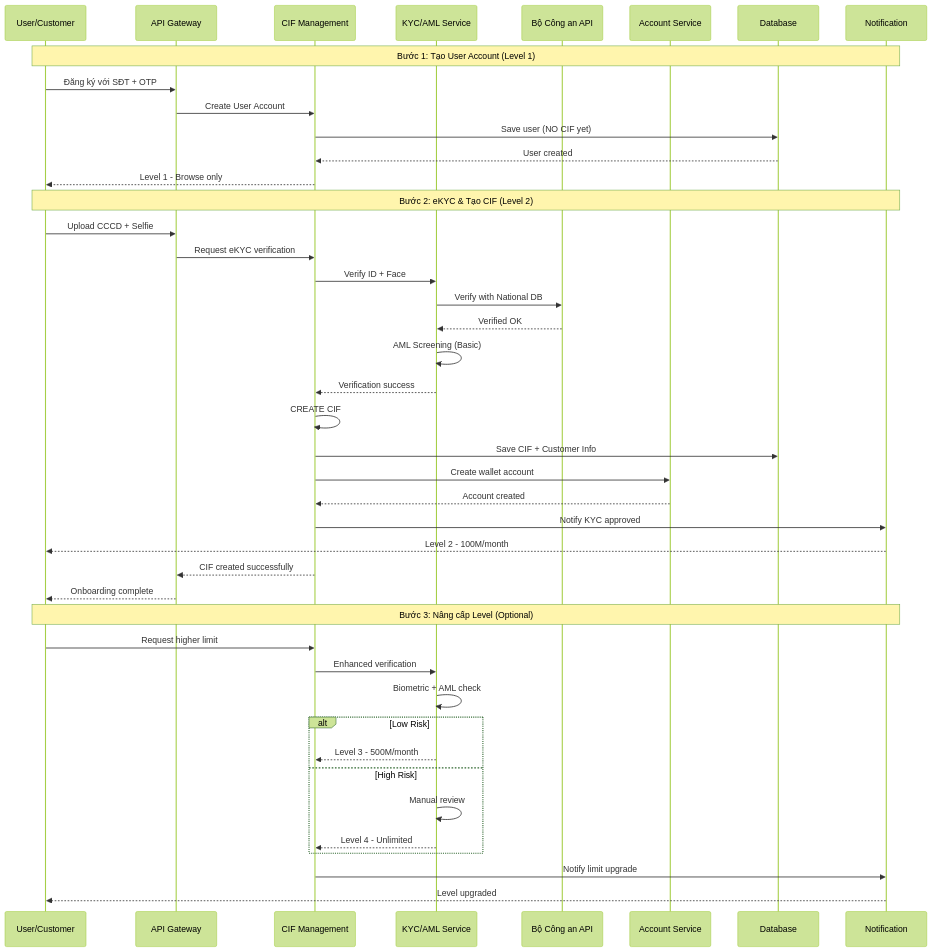
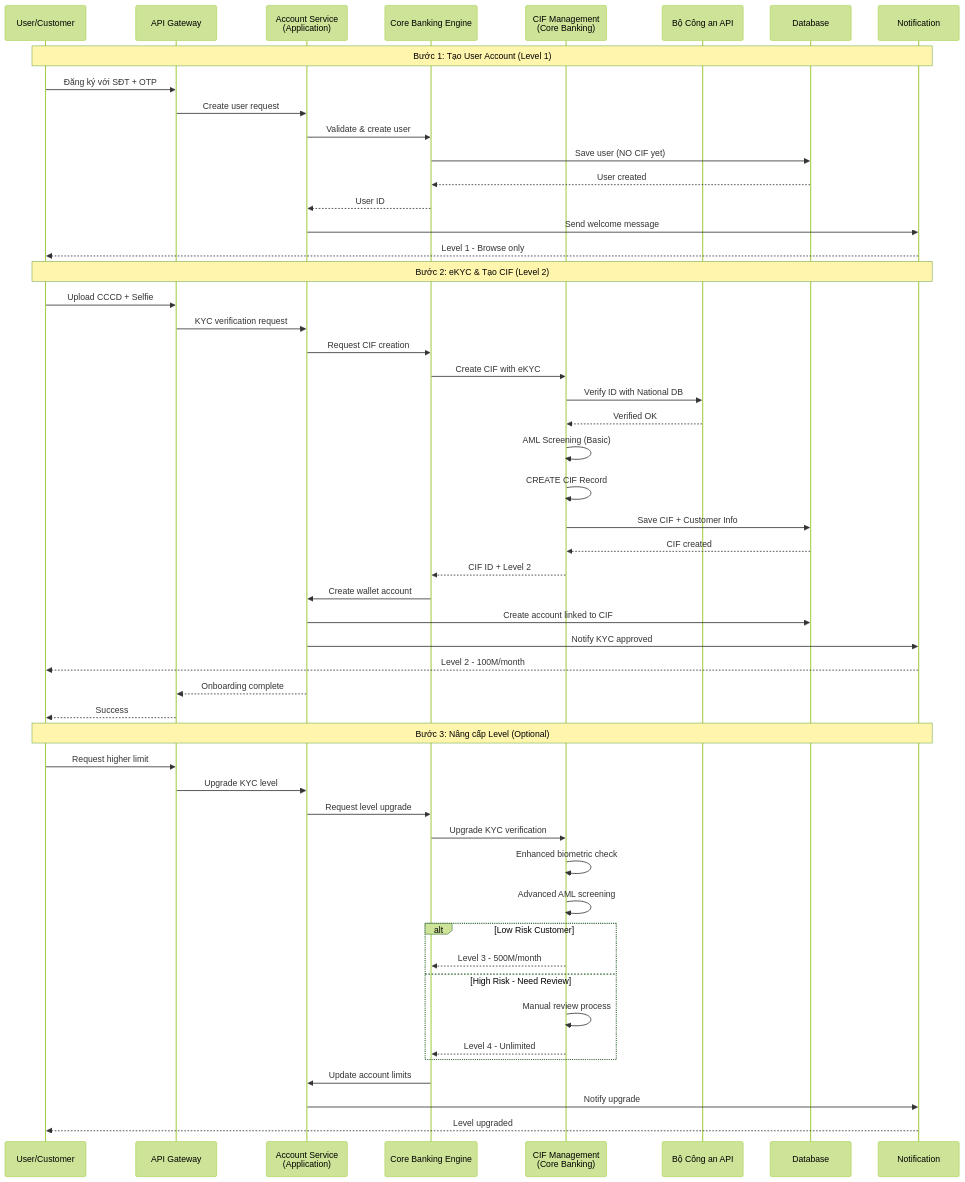
Before and after one commit to PhuMBT/eWallet_CBS: the fourth of 5 diagrams in docs/cbs-sdk-finance/02-architecture.md, drawn with Mermaid (forest theme). The commit also changed other lines of this file, not shown here.

First line of the commit message:
refactor(architecture): Move CIF Management to Core Banking Layer

````diff
--- a/docs/cbs-sdk-finance/02-architecture.md
+++ b/docs/cbs-sdk-finance/02-architecture.md
@@ -265,50 +315,57 @@
 ```mermaid
 sequenceDiagram
     participant U as User/Customer
     participant A as API Gateway
-    participant CIF as CIF Management
-    participant KYC as KYC/AML Service
+    participant ACC as Account Service<br/>(Application)
+    participant CORE as Core Banking Engine
+    participant CIF as CIF Management<br/>(Core Banking)
     participant GOV as Bộ Công an API
-    participant ACC as Account Service
     participant DB as Database
     participant N as Notification
     
     Note over U,N: Bước 1: Tạo User Account (Level 1)
     U->>A: Đăng ký với SĐT + OTP
-    A->>CIF: Create User Account
-    CIF->>DB: Save user (NO CIF yet)
-    DB-->>CIF: User created
-    CIF-->>U: Level 1 - Browse only
+    A->>ACC: Create user request
+    ACC->>CORE: Validate & create user
+    CORE->>DB: Save user (NO CIF yet)
+    DB-->>CORE: User created
+    CORE-->>ACC: User ID
+    ACC->>N: Send welcome message
+    N-->>U: Level 1 - Browse only
     
     Note over U,N: Bước 2: eKYC & Tạo CIF (Level 2)
     U->>A: Upload CCCD + Selfie
-    A->>CIF: Request eKYC verification
-    CIF->>KYC: Verify ID + Face
-    KYC->>GOV: Verify with National DB
-    GOV-->>KYC: Verified OK
-    KYC->>KYC: AML Screening (Basic)
-    KYC-->>CIF: Verification success
-    
-    CIF->>CIF: CREATE CIF
+    A->>ACC: KYC verification request
+    ACC->>CORE: Request CIF creation
+    CORE->>CIF: Create CIF with eKYC
+    CIF->>GOV: Verify ID with National DB
+    GOV-->>CIF: Verified OK
+    CIF->>CIF: AML Screening (Basic)
+    CIF->>CIF: CREATE CIF Record
     CIF->>DB: Save CIF + Customer Info
-    CIF->>ACC: Create wallet account
-    ACC-->>CIF: Account created
-    
-    CIF->>N: Notify KYC approved
+    DB-->>CIF: CIF created
+    CIF-->>CORE: CIF ID + Level 2
+    CORE->>ACC: Create wallet account
+    ACC->>DB: Create account linked to CIF
+    ACC->>N: Notify KYC approved
     N-->>U: Level 2 - 100M/month
-    CIF-->>A: CIF created successfully
-    A-->>U: Onboarding complete
+    ACC-->>A: Onboarding complete
+    A-->>U: Success
     
     Note over U,N: Bước 3: Nâng cấp Level (Optional)
-    U->>CIF: Request higher limit
-    CIF->>KYC: Enhanced verification
-    KYC->>KYC: Biometric + AML check
-    alt Low Risk
-        KYC-->>CIF: Level 3 - 500M/month
-    else High Risk
-        KYC->>KYC: Manual review
-        KYC-->>CIF: Level 4 - Unlimited
+    U->>A: Request higher limit
+    A->>ACC: Upgrade KYC level
+    ACC->>CORE: Request level upgrade
+    CORE->>CIF: Upgrade KYC verification
+    CIF->>CIF: Enhanced biometric check
+    CIF->>CIF: Advanced AML screening
+    alt Low Risk Customer
+        CIF-->>CORE: Level 3 - 500M/month
+    else High Risk - Need Review
+        CIF->>CIF: Manual review process
+        CIF-->>CORE: Level 4 - Unlimited
     end
-    CIF->>N: Notify limit upgrade
+    CORE->>ACC: Update account limits
+    ACC->>N: Notify upgrade
     N-->>U: Level upgraded
 ```
````
